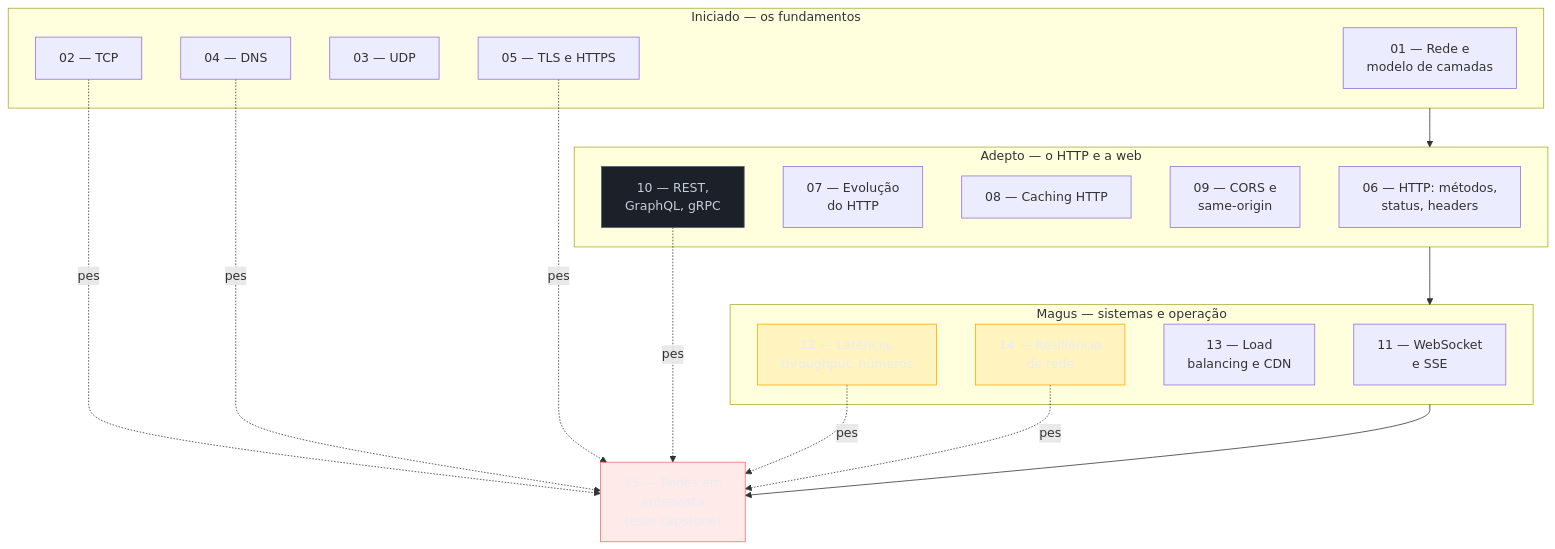
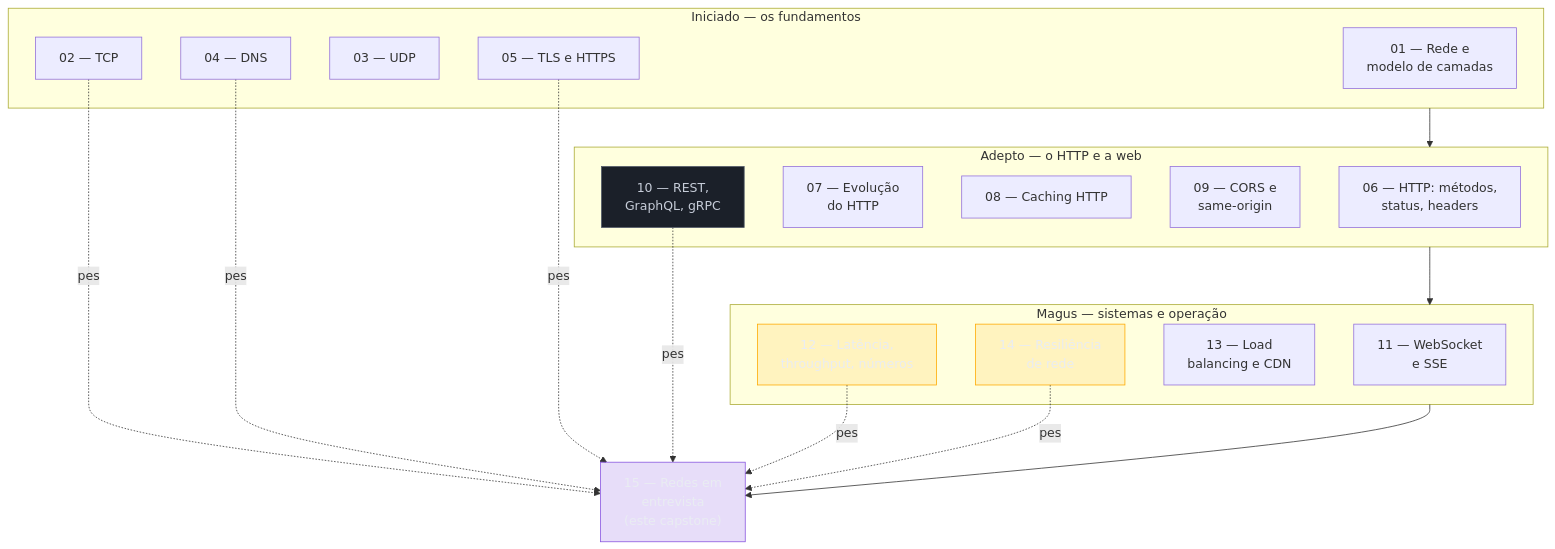
Before and after one commit to josenaldo/codex-technomanticus: the fourth of 4 diagrams in 03-Dominios/Ciência/Redes e Protocolos/15 - Redes em entrevista.md, drawn with Mermaid. The commit also changed other lines of this file and 601 other files, not shown here.

````diff
--- a/03-Dominios/Ciência/Redes e Protocolos/15 - Redes em entrevista.md
+++ b/03-Dominios/Ciência/Redes e Protocolos/15 - Redes em entrevista.md
@@ -271,40 +271,40 @@
 ```mermaid
 flowchart TD
-    classDef falha fill:#FF6B6B24,stroke:#FF6B6B,color:#E9ECF2
+    classDef marca fill:#8855DF33,stroke:#8855DF,color:#E9ECF2
     classDef destaque fill:#FFAA0024,stroke:#FFAA00,color:#E9ECF2
     classDef neutro fill:#1B2029,stroke:#4E5666,color:#C6CCD8
     subgraph INI["Iniciado — os fundamentos"]
         N01["01 — Rede e<br/>modelo de camadas"]
         N02["02 — TCP"]
         N03["03 — UDP"]
         N04["04 — DNS"]
         N05["05 — TLS e HTTPS"]
     end
     subgraph ADE["Adepto — o HTTP e a web"]
         N06["06 — HTTP: métodos,<br/>status, headers"]
         N07["07 — Evolução<br/>do HTTP"]
         N08["08 — Caching HTTP"]
         N09["09 — CORS e<br/>same-origin"]
         N10["10 — REST,<br/>GraphQL, gRPC"]
     end
     subgraph MAG["Magus — sistemas e operação"]
         N11["11 — WebSocket<br/>e SSE"]
         N12["12 — Latência,<br/>throughput, números"]
         N13["13 — Load<br/>balancing e CDN"]
         N14["14 — Resiliência<br/>de rede"]
     end
 
     INI --> ADE --> MAG --> CAP["15 — Redes em<br/>entrevista<br/>(este capstone)"]
 
     N02 -.peso.-> CAP
     N04 -.peso.-> CAP
     N05 -.peso.-> CAP
     N10 -.peso.-> CAP
     N12 -.peso.-> CAP
     N14 -.peso.-> CAP
 
-    class CAP falha
+    class CAP marca
     class N12 destaque
     class N14 destaque
     class N10 neutro
 ```
````
